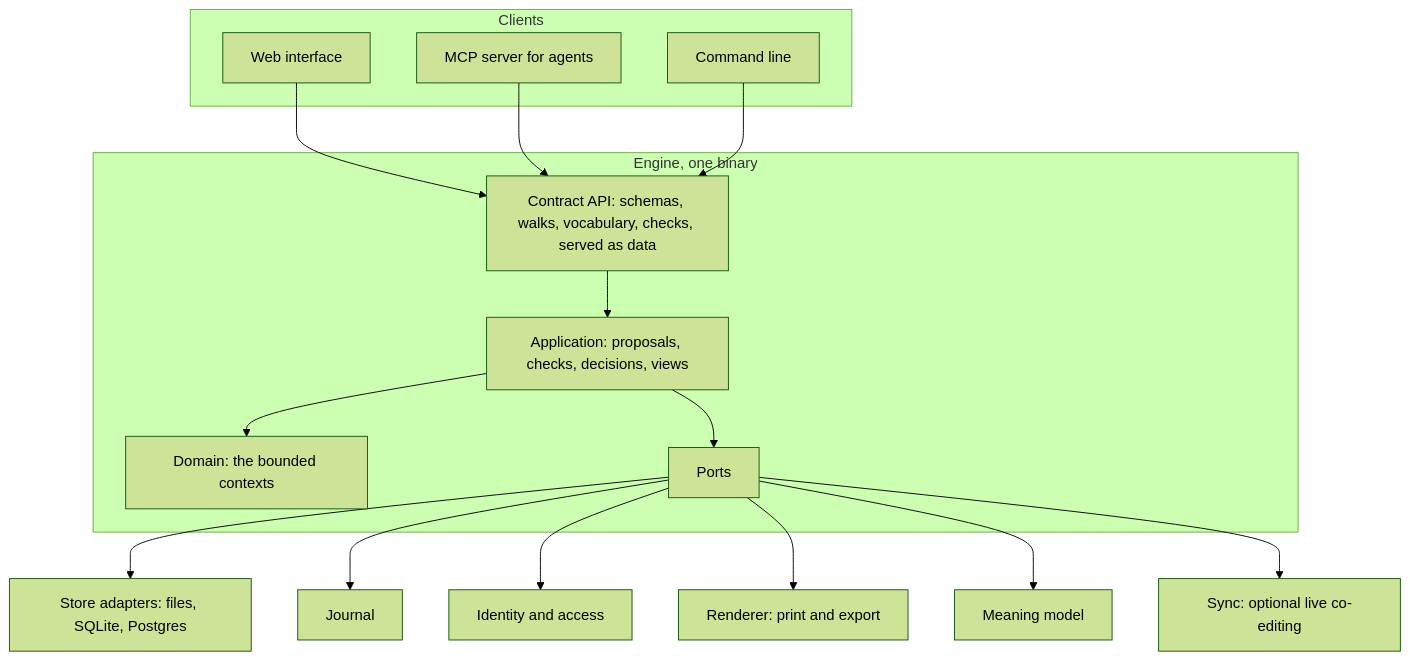
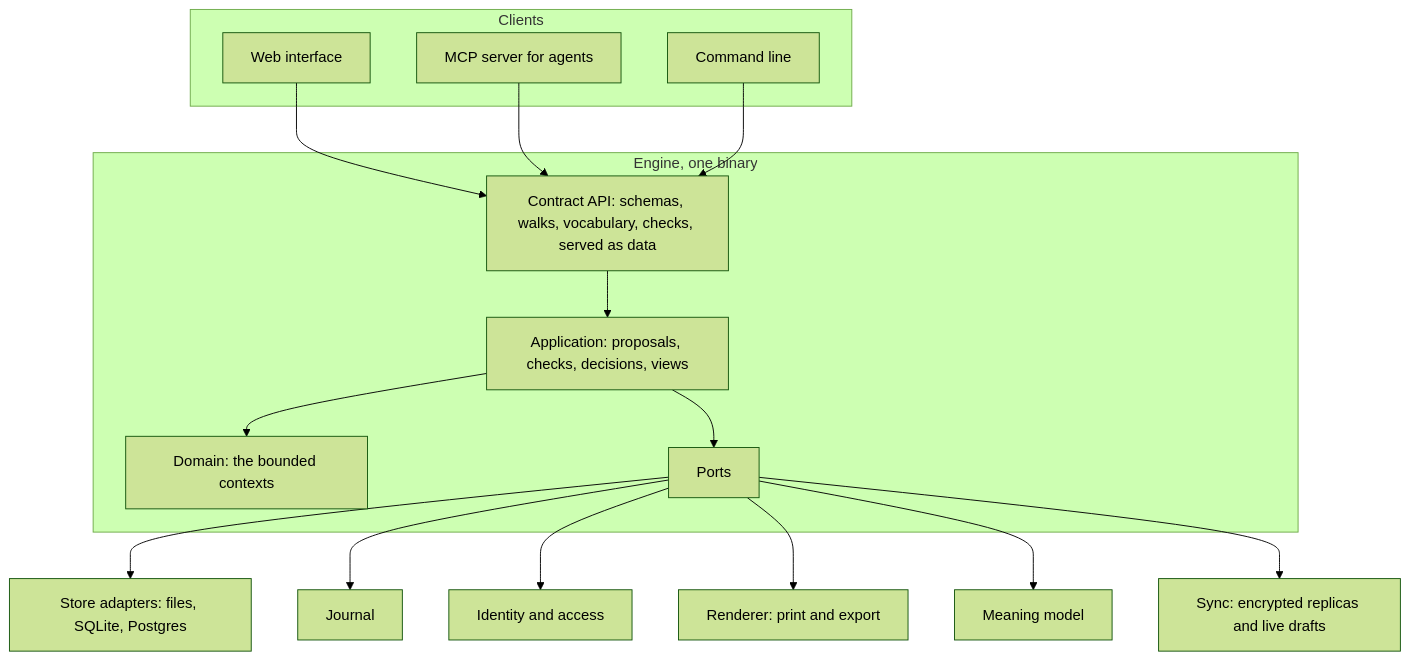
Before and after one commit to ProjectCartograph/cartograph-design: the second of 3 diagrams in docs/explanation/architecture.md, drawn with Mermaid (forest theme). The commit also changed other lines of this file and 12 other files, not shown here.

````diff
--- a/docs/explanation/architecture.md
+++ b/docs/explanation/architecture.md
@@ -23,25 +23,25 @@
 ```mermaid
 flowchart TB
   subgraph Clients
     WEB["Web interface"]
     MCP["MCP server for agents"]
     CLI["Command line"]
   end
   subgraph Engine["Engine, one binary"]
     API["Contract API: schemas, walks, vocabulary, checks, served as data"]
     APP["Application: proposals, checks, decisions, views"]
     DOM["Domain: the bounded contexts"]
     PORTS["Ports"]
   end
   WEB --> API
   MCP --> API
   CLI --> API
   API --> APP --> DOM
   APP --> PORTS
   PORTS --> S1["Store adapters: files, SQLite, Postgres"]
   PORTS --> S2["Journal"]
   PORTS --> S3["Identity and access"]
   PORTS --> S4["Renderer: print and export"]
   PORTS --> S5["Meaning model"]
-  PORTS --> S6["Sync: optional live co-editing"]
+  PORTS --> S6["Sync: encrypted replicas and live drafts"]
 ```
````
